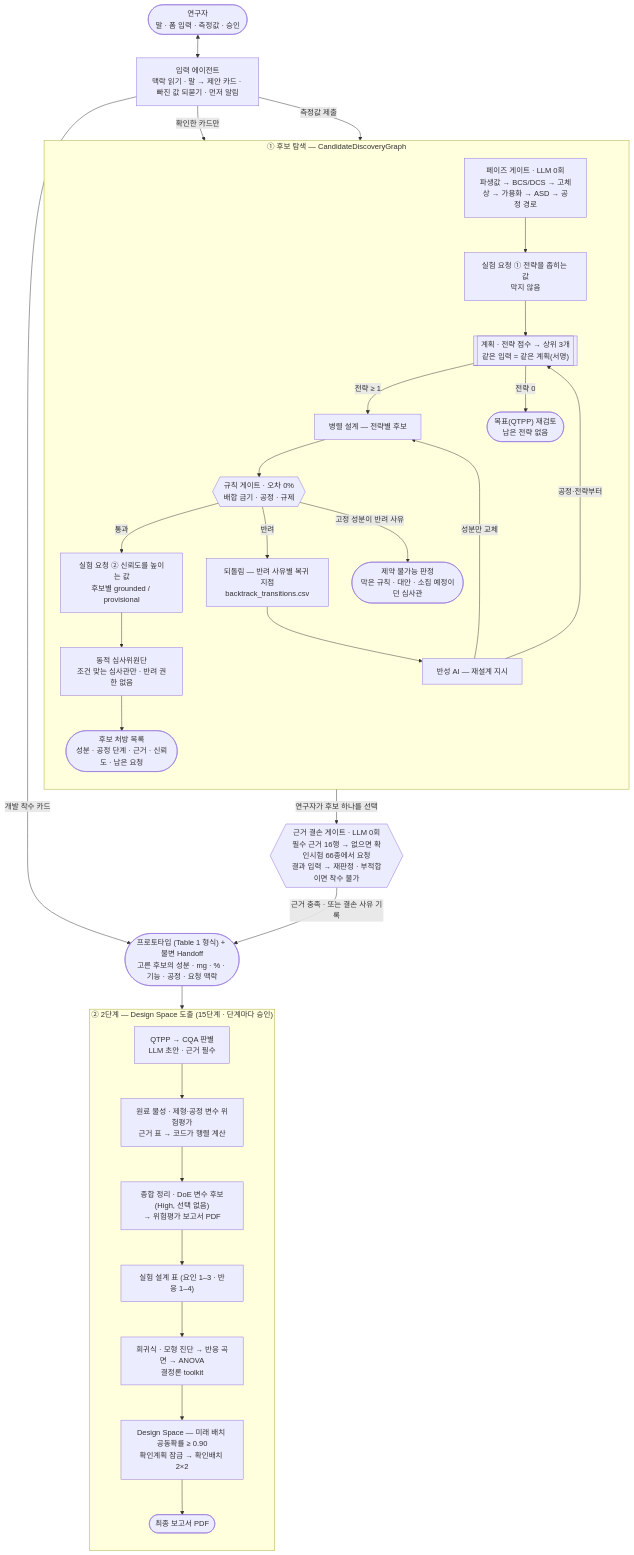
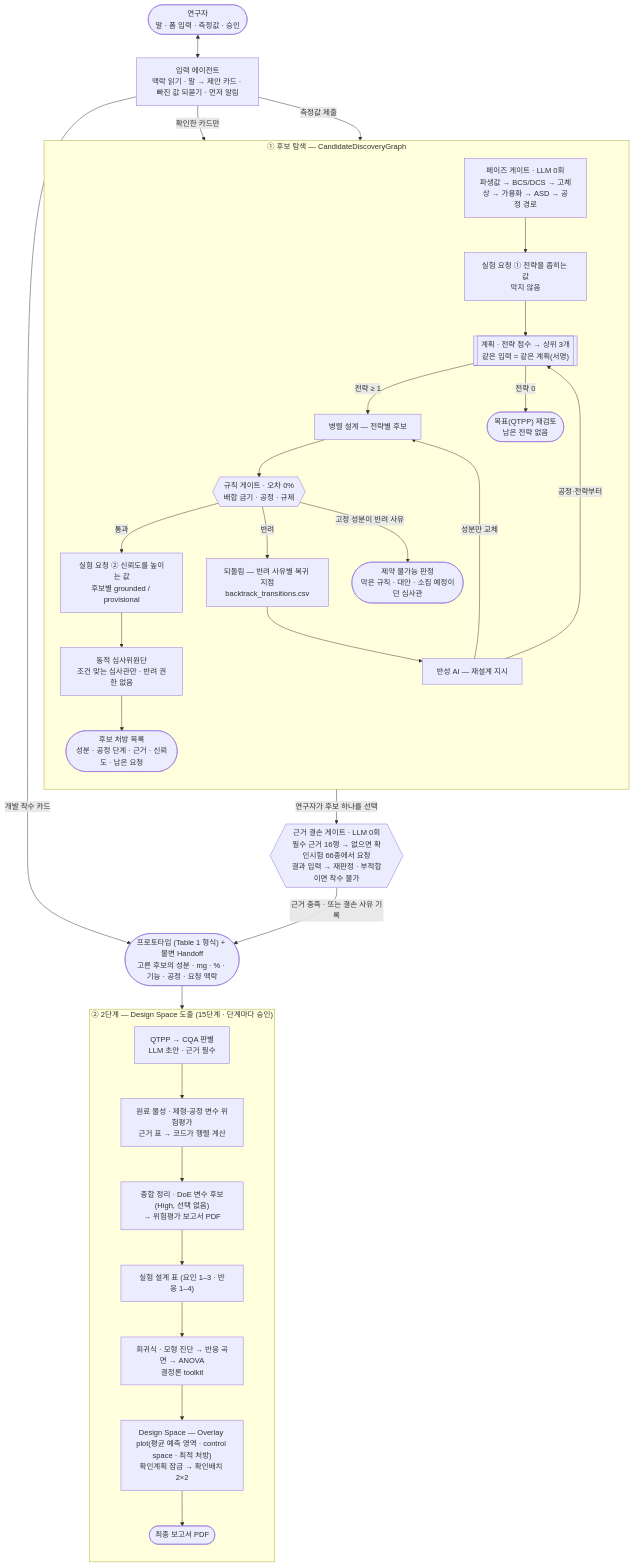
Before and after one commit to zihwaan/formula1-qbd: the diagram in README.md, drawn with Mermaid. The commit also changed other lines of this file and 28 other files, not shown here.

````diff
--- a/README.md
+++ b/README.md
@@ -91,50 +91,50 @@
 ```mermaid
 flowchart TB
     U(["연구자<br/>말 · 폼 입력 · 측정값 · 승인"])
     IA["입력 에이전트<br/>맥락 읽기 · 말 → 제안 카드 · 빠진 값 되묻기 · 먼저 알림"]
 
     subgraph D["① 후보 탐색 — CandidateDiscoveryGraph"]
         direction TB
         PG["페이즈 게이트 · LLM 0회<br/>파생값 → BCS/DCS → 고체상 → 가용화 → ASD → 공정 경로"]
         DN["실험 요청 ① 전략을 좁히는 값<br/>막지 않음"]
         PL[["계획 · 전략 점수 → 상위 3개<br/>같은 입력 = 같은 계획(서명)"]]
         G["병렬 설계 — 전략별 후보"]
         R{{"규칙 게이트 · 오차 0%<br/>배합 금기 · 공정 · 규제"}}
         DR["실험 요청 ② 신뢰도를 높이는 값<br/>후보별 grounded / provisional"]
         J["동적 심사위원단<br/>조건 맞는 심사관만 · 반려 권한 없음"]
         C(["후보 처방 목록<br/>성분 · 공정 단계 · 근거 · 신뢰도 · 남은 요청"])
         BT["되돌림 — 반려 사유별 복귀 지점<br/>backtrack_transitions.csv"]
         RF["반성 AI — 재설계 지시"]
         Q(["목표(QTPP) 재검토<br/>남은 전략 없음"])
         INF(["제약 불가능 판정<br/>막은 규칙 · 대안 · 소집 예정이던 심사관"])
         PG --> DN --> PL
         PL -->|전략 ≥ 1| G --> R
         PL -->|전략 0| Q
         R -->|통과| DR --> J --> C
         R -->|반려| BT --> RF
         RF -->|성분만 교체| G
         RF -->|공정·전략부터| PL
         R -->|고정 성분이 반려 사유| INF
     end
 
     EV{{"근거 결손 게이트 · LLM 0회<br/>필수 근거 16행 → 없으면 확인시험 66종에서 요청<br/>결과 입력 → 재판정 · 부적합이면 착수 불가"}}
     H(["프로토타입 (Table 1 형식) + 불변 Handoff<br/>고른 후보의 성분 · mg · % · 기능 · 공정 · 요청 맥락"])
 
     subgraph E["② 2단계 — Design Space 도출 (15단계 · 단계마다 승인)"]
         direction TB
         E1["QTPP → CQA 판별<br/>LLM 초안 · 근거 필수"]
         E2["원료 물성 · 제형·공정 변수 위험평가<br/>근거 표 → 코드가 행렬 계산"]
         E3["종합 정리 · DoE 변수 후보(High, 선택 없음)<br/>→ 위험평가 보고서 PDF"]
         E4["실험 설계 표 (요인 1–3 · 반응 1–4)"]
         E5["회귀식 · 모형 진단 → 반응 곡면 → ANOVA<br/>결정론 toolkit"]
-        E6["Design Space — 미래 배치 공동확률 ≥ 0.90<br/>확인계획 잠금 → 확인배치 2×2"]
+        E6["Design Space — Overlay plot(평균 예측 영역 · control space · 최적 처방)<br/>확인계획 잠금 → 확인배치 2×2"]
         V(["최종 보고서 PDF"])
         E1 --> E2 --> E3 --> E4 --> E5 --> E6 --> V
     end
 
     U <--> IA
     IA -->|확인한 카드만| PG
     IA -->|측정값 제출| DR
     IA -->|개발 착수 카드| H
     C -->|연구자가 후보 하나를 선택| EV -->|근거 충족 · 또는 결손 사유 기록| H --> E1
 ```
````
